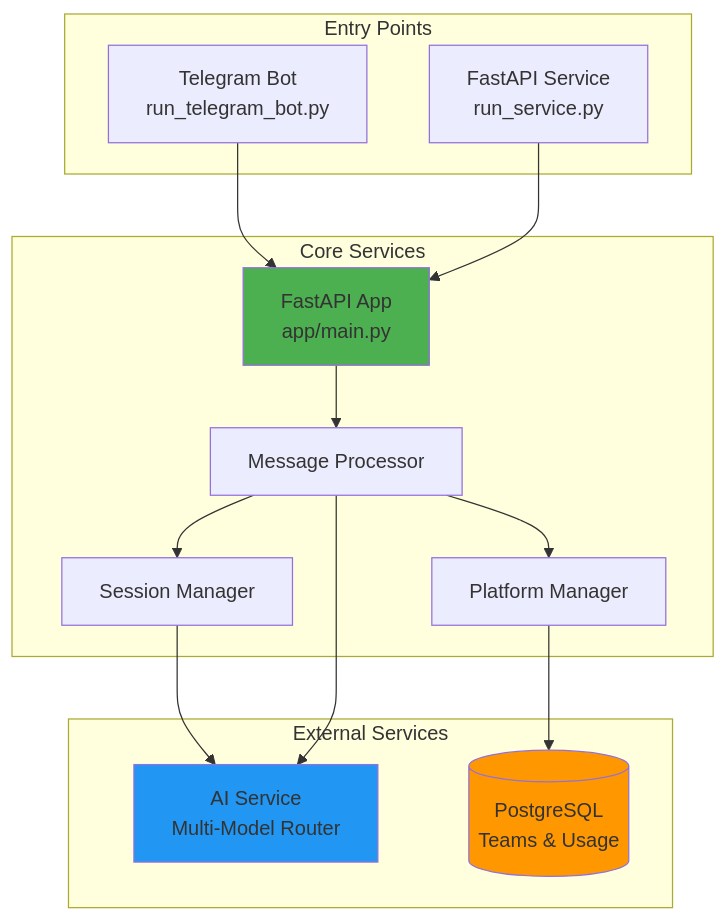
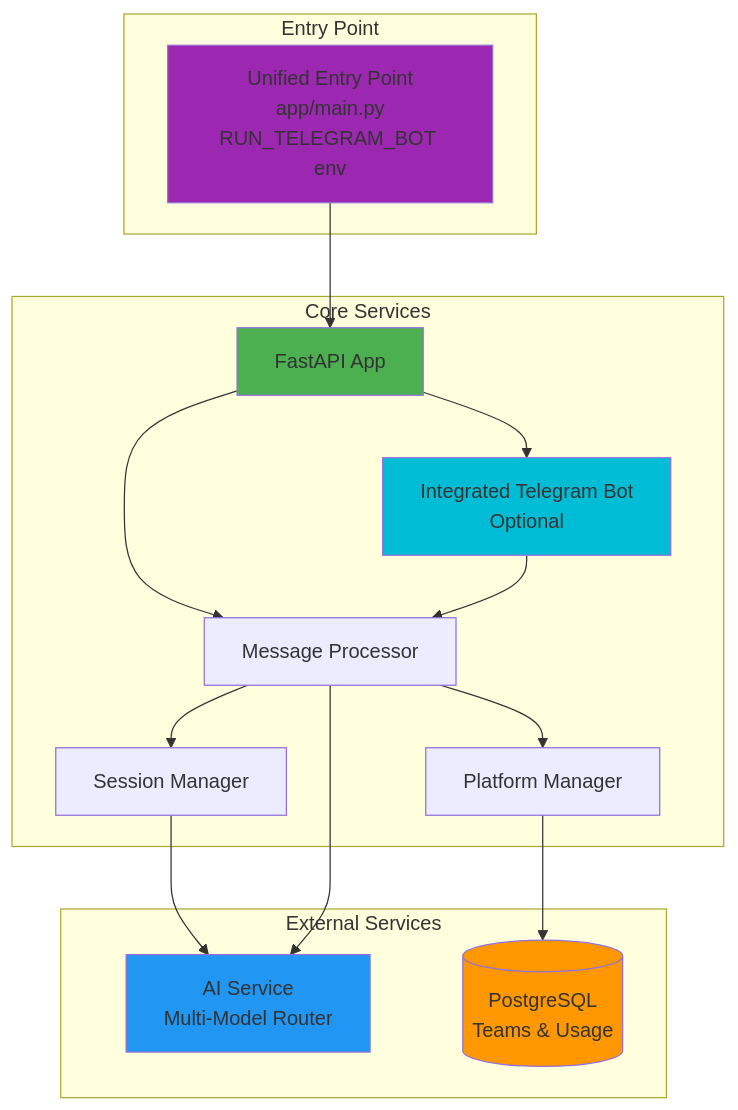
The first of 2 diagrams in README.md (NeoHosseinism/Arash-Bot), drawn with Mermaid before and after one commit. The commit also changed 5 other files, not shown here.

````diff
--- a/README.md
+++ b/README.md
@@ -11,32 +11,35 @@
 ```mermaid
 graph TB
-    subgraph "Entry Points"
-        TG[Telegram Bot<br/>run_telegram_bot.py]
-        API[FastAPI Service<br/>run_service.py]
+    subgraph "Entry Point"
+        ENTRY[Unified Entry Point<br/>app/main.py<br/>RUN_TELEGRAM_BOT env]
     end
 
     subgraph "Core Services"
-        APP[FastAPI App<br/>app/main.py]
+        APP[FastAPI App]
+        BOT[Integrated Telegram Bot<br/>Optional]
         MSG[Message Processor]
         SESS[Session Manager]
         PLAT[Platform Manager]
     end
 
     subgraph "External Services"
         AI[AI Service<br/>Multi-Model Router]
         DB[(PostgreSQL<br/>Teams & Usage)]
     end
 
-    TG --> APP
-    API --> APP
+    ENTRY --> APP
+    APP --> BOT
     APP --> MSG
+    BOT --> MSG
     MSG --> SESS
     MSG --> PLAT
     SESS --> AI
     PLAT --> DB
     MSG --> AI
 
+    style ENTRY fill:#9C27B0
     style APP fill:#4CAF50
+    style BOT fill:#00BCD4
     style AI fill:#2196F3
     style DB fill:#FF9800
 ```
````
